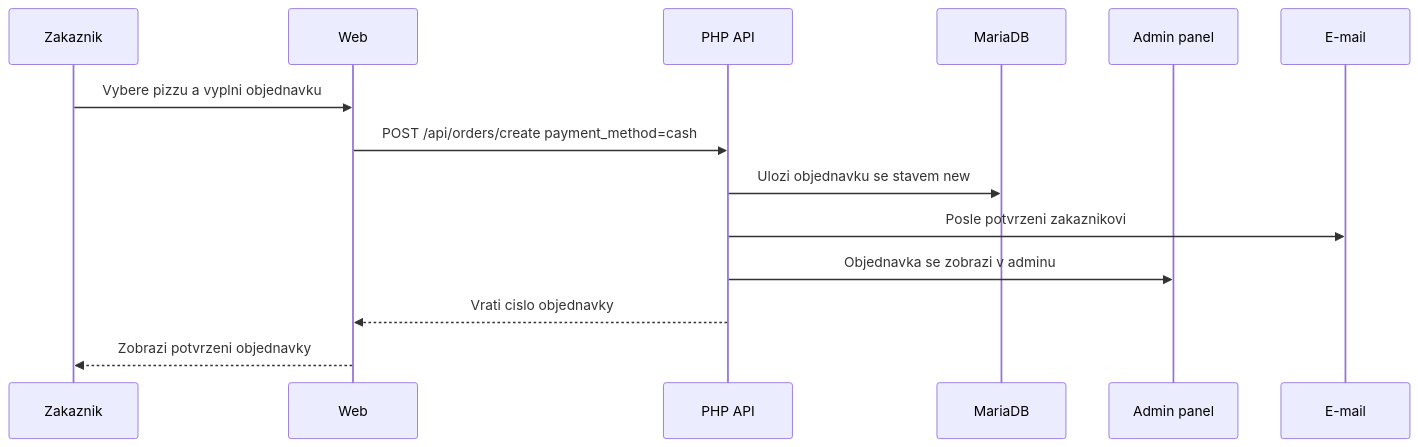
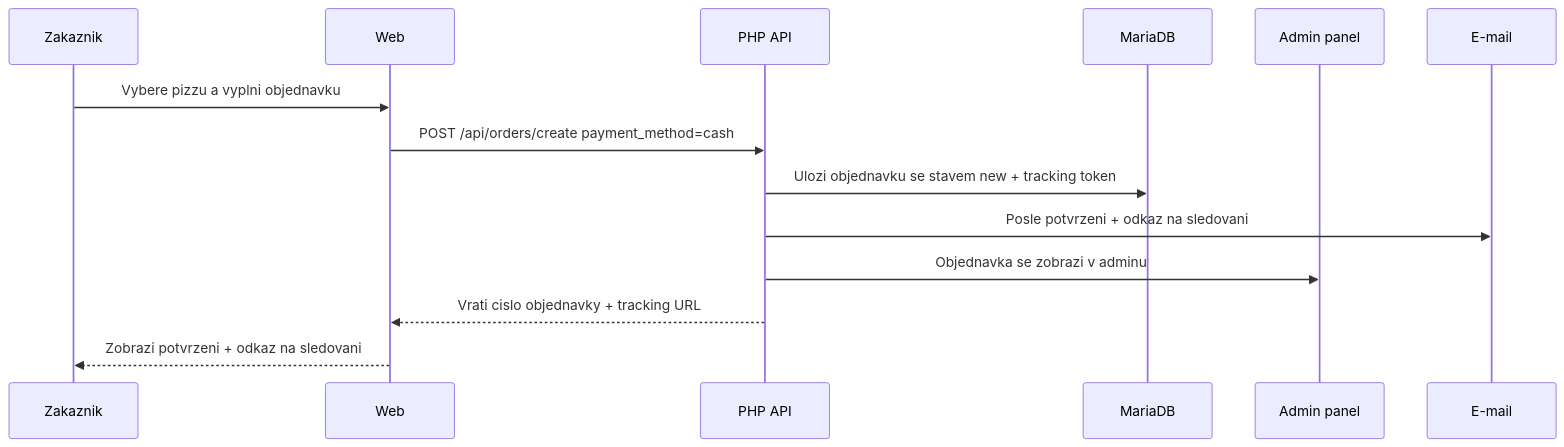
The second of 11 diagrams in ARCHITEKTURA.md (Poracanin/pizza-bellizzi), drawn with Mermaid before and after one commit. The commit also changed other lines of this file and 5 other files, not shown here.

````diff
--- a/ARCHITEKTURA.md
+++ b/ARCHITEKTURA.md
@@ -48,17 +52,17 @@
 ```mermaid
 sequenceDiagram
   participant Z as Zakaznik
   participant W as Web
   participant API as PHP API
   participant DB as MariaDB
   participant A as Admin panel
   participant M as E-mail
 
   Z->>W: Vybere pizzu a vyplni objednavku
   W->>API: POST /api/orders/create payment_method=cash
-  API->>DB: Ulozi objednavku se stavem new
-  API->>M: Posle potvrzeni zakaznikovi
+  API->>DB: Ulozi objednavku se stavem new + tracking token
+  API->>M: Posle potvrzeni + odkaz na sledovani
   API->>A: Objednavka se zobrazi v adminu
-  API-->>W: Vrati cislo objednavky
-  W-->>Z: Zobrazi potvrzeni objednavky
+  API-->>W: Vrati cislo objednavky + tracking URL
+  W-->>Z: Zobrazi potvrzeni + odkaz na sledovani
 ```
````
